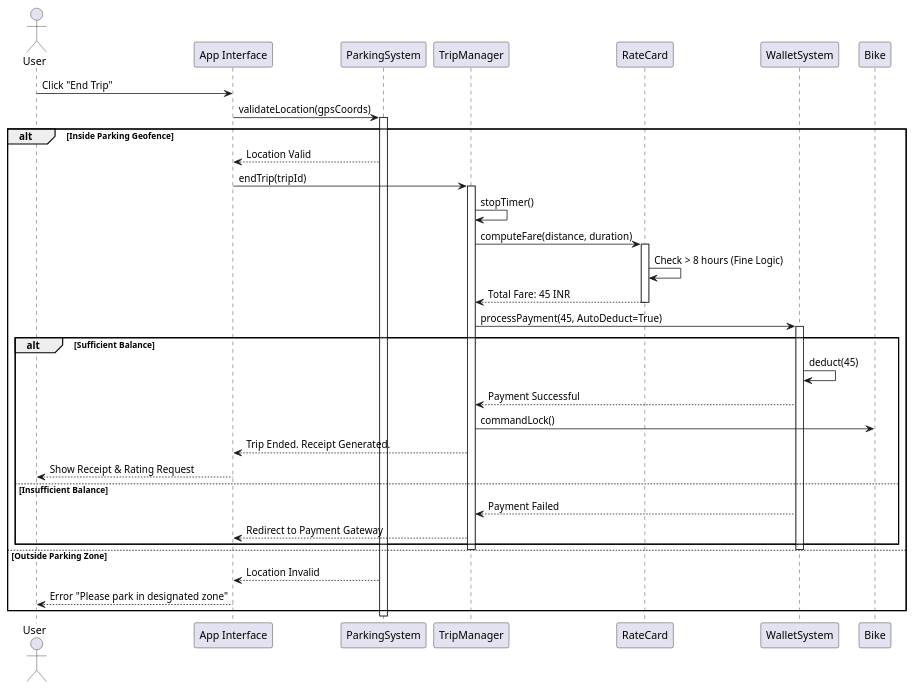
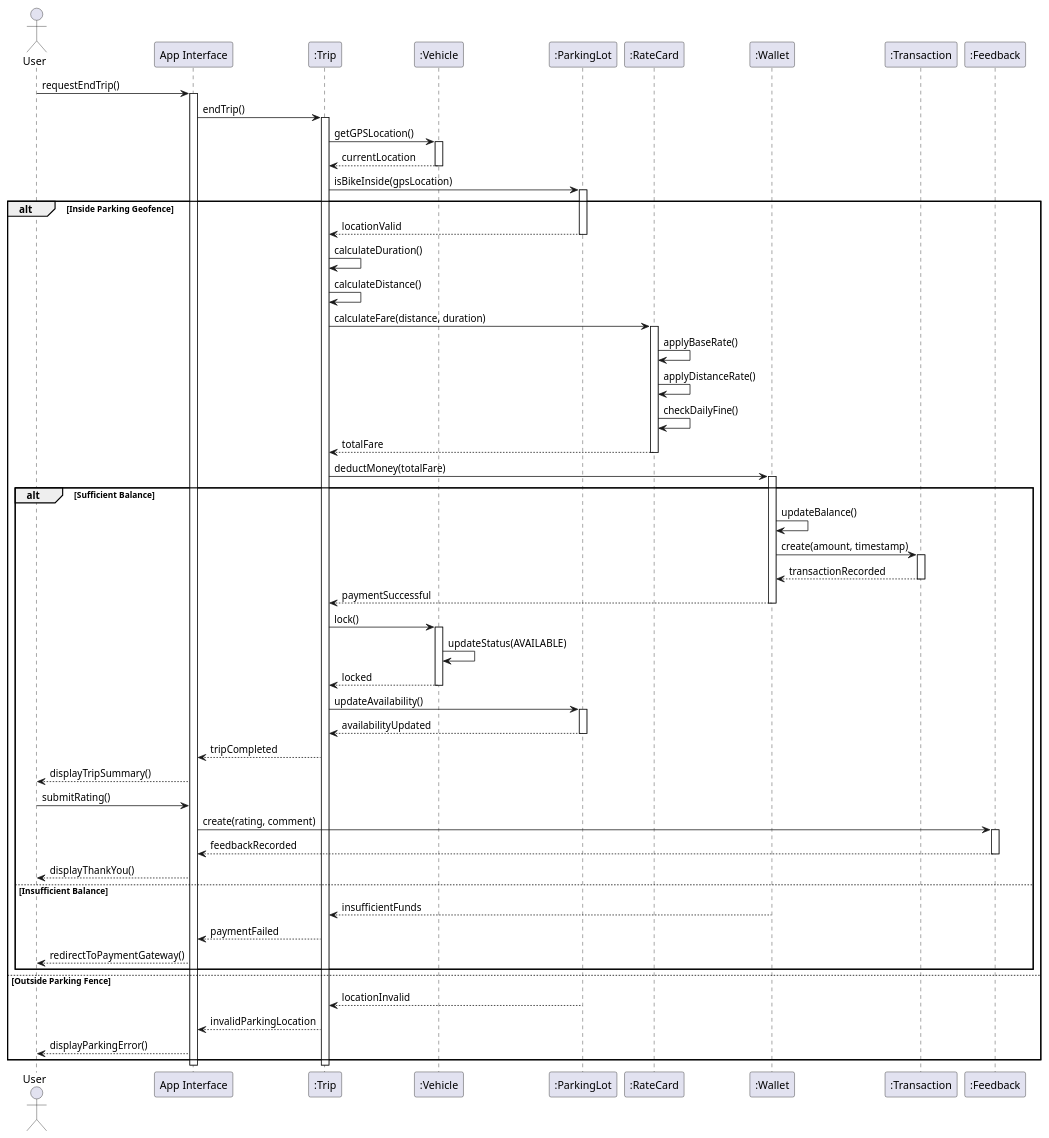
Before and after one commit to Kriti1908/se-the-1: the diagram in Diagrams/Manual/seq3.puml, drawn with PlantUML. The commit also changed 8 other files, not shown here.

Commit message:
fixed manual sequence diagrams

```diff
--- a/Diagrams/Manual/seq3.puml
+++ b/Diagrams/Manual/seq3.puml
@@ -1,46 +1,95 @@
-@startuml Scenario 3: Ending a Trip & Auto-Payment
+@startuml End_Trip_with_Payment
 actor User
 participant "App Interface" as App
-participant "ParkingSystem" as Park
-participant "TripManager" as TripMgr
-participant "RateCard" as Rates
-participant "WalletSystem" as Wallet
+participant ":Trip" as TripObj
+participant ":Vehicle" as Bike
+participant ":ParkingLot" as Parking
+participant ":RateCard" as Rates
+participant ":Wallet" as WalletObj
+participant ":Transaction" as TransObj
+participant ":Feedback" as FeedbackObj
 
-User -> App: Click "End Trip"
-App -> Park: validateLocation(gpsCoords)
-activate Park
+User -> App: requestEndTrip()
+activate App
+
+App -> TripObj: endTrip()
+activate TripObj
+
+TripObj -> Bike: getGPSLocation()
+activate Bike
+Bike --> TripObj: currentLocation
+deactivate Bike
+
+TripObj -> Parking: isBikeInside(gpsLocation)
+activate Parking
 
 alt Inside Parking Geofence
-    Park --> App: Location Valid
-    App -> TripMgr: endTrip(tripId)
-    activate TripMgr
+    Parking --> TripObj: locationValid
+    deactivate Parking
     
-    TripMgr -> TripMgr: stopTimer()
-    TripMgr -> Rates: computeFare(distance, duration)
+    TripObj -> TripObj: calculateDuration()
+    TripObj -> TripObj: calculateDistance()
+    
+    TripObj -> Rates: calculateFare(distance, duration)
     activate Rates
-    Rates -> Rates: Check > 8 hours (Fine Logic)
-    Rates --> TripMgr: Total Fare: 45 INR
+    
+    Rates -> Rates: applyBaseRate()
+    Rates -> Rates: applyDistanceRate()
+    Rates -> Rates: checkDailyFine()
+    Rates --> TripObj: totalFare
     deactivate Rates
-
-    TripMgr -> Wallet: processPayment(45, AutoDeduct=True)
-    activate Wallet
+    
+    TripObj -> WalletObj: deductMoney(totalFare)
+    activate WalletObj
     
     alt Sufficient Balance
-        Wallet -> Wallet: deduct(45)
-        Wallet --> TripMgr: Payment Successful
-        TripMgr -> Bike: commandLock()
-        TripMgr --> App: Trip Ended. Receipt Generated.
-        App --> User: Show Receipt & Rating Request
+        WalletObj -> WalletObj: updateBalance()
+        WalletObj -> TransObj: create(amount, timestamp)
+        activate TransObj
+        TransObj --> WalletObj: transactionRecorded
+        deactivate TransObj
+        
+        WalletObj --> TripObj: paymentSuccessful
+        deactivate WalletObj
+        
+        TripObj -> Bike: lock()
+        activate Bike
+        Bike -> Bike: updateStatus(AVAILABLE)
+        Bike --> TripObj: locked
+        deactivate Bike
+        
+        TripObj -> Parking: updateAvailability()
+        activate Parking
+        Parking --> TripObj: availabilityUpdated
+        deactivate Parking
+        
+        TripObj --> App: tripCompleted
+        App --> User: displayTripSummary()
+        
+        User -> App: submitRating()
+        App -> FeedbackObj: create(rating, comment)
+        activate FeedbackObj
+        FeedbackObj --> App: feedbackRecorded
+        deactivate FeedbackObj
+        
+        App --> User: displayThankYou()
+        
     else Insufficient Balance
-        Wallet --> TripMgr: Payment Failed
-        TripMgr --> App: Redirect to Payment Gateway
+        WalletObj --> TripObj: insufficientFunds
+        deactivate WalletObj
+        
+        TripObj --> App: paymentFailed
+        App --> User: redirectToPaymentGateway()
     end
-    deactivate Wallet
-    deactivate TripMgr
+    
+else Outside Parking Fence 
+    Parking --> TripObj: locationInvalid
+    deactivate Parking
+    
+    TripObj --> App: invalidParkingLocation
+    App --> User: displayParkingError()
+end
 
-else Outside Parking Zone
-    Park --> App: Location Invalid
-    App --> User: Error "Please park in designated zone"
-end
-deactivate Park
+deactivate TripObj
+deactivate App
 @enduml
```
